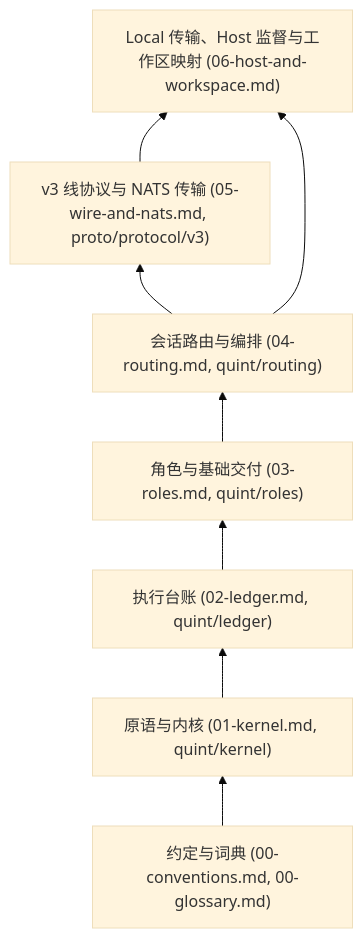
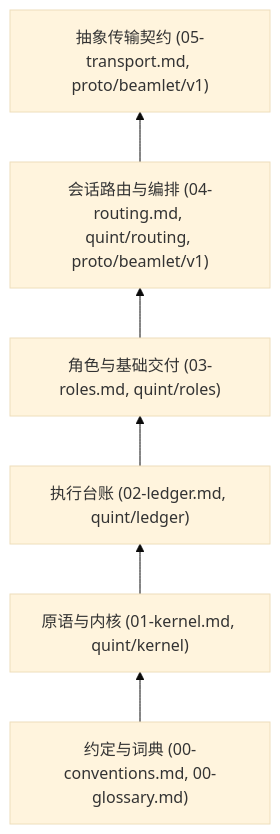
Before and after one commit to Everfold/Beamlet: the diagram in spec/README.md, drawn with Mermaid (base theme). The commit also changed other lines of this file and 9 other files, not shown here.

Commit message:
docs(spec): replace concrete transports and host details with abstract transport contract

````diff
--- a/spec/README.md
+++ b/spec/README.md
@@ -13,13 +13,11 @@
 ```mermaid
 flowchart BT
     CONV["约定与词典 (00-conventions.md, 00-glossary.md)"]
     KRN["原语与内核 (01-kernel.md, quint/kernel)"]
     LDG["执行台账 (02-ledger.md, quint/ledger)"]
     ROL["角色与基础交付 (03-roles.md, quint/roles)"]
-    RTE["会话路由与编排 (04-routing.md, quint/routing)"]
-    WIRE["v3 线协议与 NATS 传输 (05-wire-and-nats.md, proto/protocol/v3)"]
-    HOST["Local 传输、Host 监督与工作区映射 (06-host-and-workspace.md)"]
+    RTE["会话路由与编排 (04-routing.md, quint/routing, proto/beamlet/v1)"]
+    TRP["抽象传输契约 (05-transport.md, proto/beamlet/v1)"]
 
-    CONV --> KRN --> LDG --> ROL --> RTE --> WIRE --> HOST
-    RTE --> HOST
+    CONV --> KRN --> LDG --> ROL --> RTE --> TRP
 ```
````
